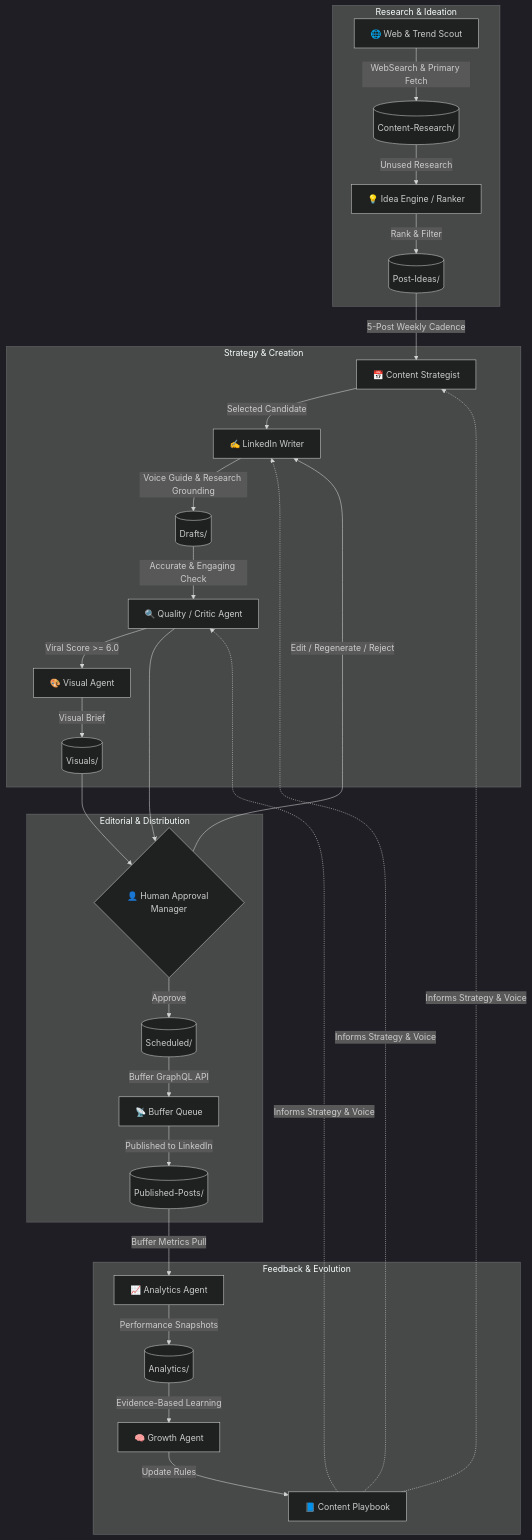
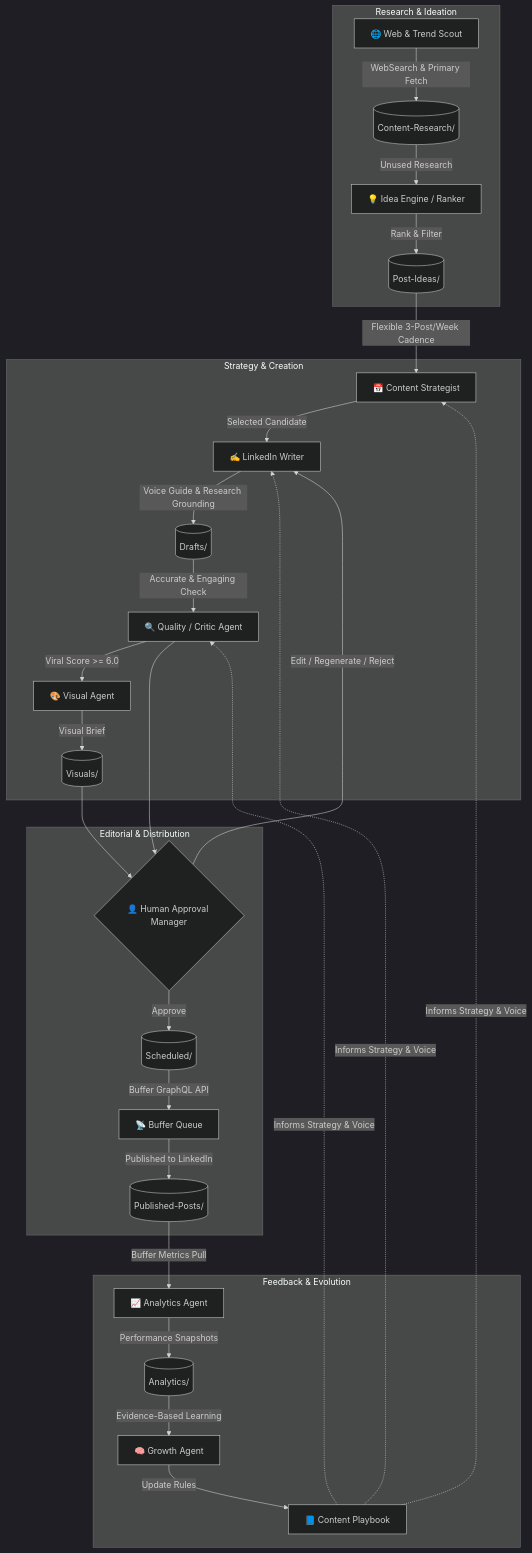
Before and after one commit to priyanshu-arya/LinkedIn_Automation: the diagram in README.md, drawn with Mermaid (dark theme). The commit also changed other lines of this file and 33 other files, not shown here.

````diff
--- a/README.md
+++ b/README.md
@@ -43,33 +44,33 @@
 ```mermaid
 flowchart TD
     subgraph Research & Ideation
         A[🌐 Web & Trend Scout] -->|WebSearch & Primary Fetch| B[(Content-Research/)]
         B -->|Unused Research| C[💡 Idea Engine / Ranker]
         C -->|Rank & Filter| D[(Post-Ideas/)]
     end
 
     subgraph Strategy & Creation
-        D -->|5-Post Weekly Cadence| E[📅 Content Strategist]
+        D -->|Flexible 3-Post/Week Cadence| E[📅 Content Strategist]
         E -->|Selected Candidate| F[✍️ LinkedIn Writer]
         F -->|Voice Guide & Research Grounding| G[(Drafts/)]
         G -->|Accurate & Engaging Check| H[🔍 Quality / Critic Agent]
         H -->|Viral Score >= 6.0| I[🎨 Visual Agent]
         I -->|Visual Brief| J[(Visuals/)]
     end
 
     subgraph Editorial & Distribution
         H & J --> K{👤 Human Approval Manager}
         K -->|Approve| L[(Scheduled/)]
         K -->|Edit / Regenerate / Reject| F
         L -->|Buffer GraphQL API| M[📡 Buffer Queue]
         M -->|Published to LinkedIn| N[(Published-Posts/)]
     end
 
     subgraph Feedback & Evolution
         N -->|Buffer Metrics Pull| O[📈 Analytics Agent]
         O -->|Performance Snapshots| P[(Analytics/)]
         P -->|Evidence-Based Learning| Q[🧠 Growth Agent]
         Q -->|Update Rules| R[📘 Content Playbook]
         R -.->|Informs Strategy & Voice| E & F & H
     end
 ```
````
